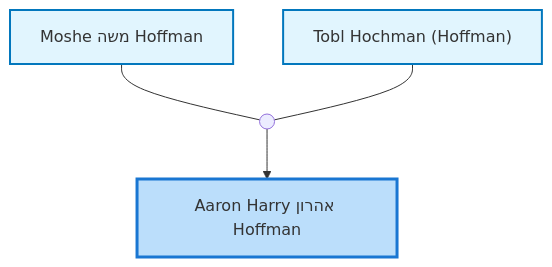
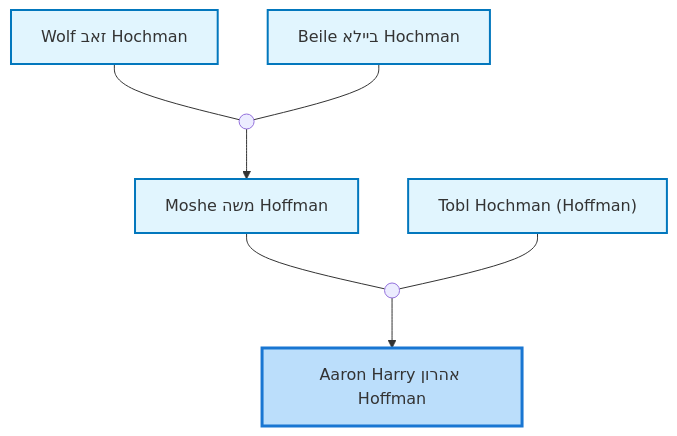
The second of 3 diagrams in site/content/profiles/Aaron Harry אהרון Hoffman.md (moshehoff/FamilyHistory), drawn with Mermaid before and after one commit. The commit also changed other lines of this file and 133 other files, not shown here.

Commit message:
Update Moshe Hoffman ID: I10 -> I11052340 and rename I38516664 biography

````diff
--- a/site/content/profiles/Aaron Harry אהרון Hoffman.md
+++ b/site/content/profiles/Aaron Harry אהרון Hoffman.md
@@ -43,19 +61,29 @@
 ```mermaid
 flowchart TD
 classDef person fill:#e1f5fe,stroke:#0277bd,stroke-width:2px;
 classDef internal-link fill:#e1f5fe,stroke:#0277bd,stroke-width:2px;
 classDef current fill:#bbdefb,stroke:#1976d2,stroke-width:3px;
-idI12["Aaron Harry אהרון Hoffman"]
-class idI12 current
-click idI12 "../profiles/Aaron-Harry-%D7%90%D7%94%D7%A8%D7%95%D7%9F-Hoffman" "Aaron Harry אהרון Hoffman"
-idI10["Moshe משה Hoffman"]
-class idI10 internal-link
-click idI10 "../profiles/Moshe-%D7%9E%D7%A9%D7%94-Hoffman" "Moshe משה Hoffman"
-idI11["Tobl Hochman (Hoffman)"]
-class idI11 internal-link
-click idI11 "../profiles/Tobl-Hochman-%28Hoffman%29" "Tobl Hochman (Hoffman)"
-marriage_idF3((" "))
-idI10 --- marriage_idF3
-idI11 --- marriage_idF3
-marriage_idF3 --> idI12
+idI38736184["Aaron Harry אהרון Hoffman"]
+class idI38736184 current
+click idI38736184 "../profiles/Aaron-Harry-%D7%90%D7%94%D7%A8%D7%95%D7%9F-Hoffman" "Aaron Harry אהרון Hoffman"
+idI11052340["Moshe משה Hoffman"]
+class idI11052340 internal-link
+click idI11052340 "../profiles/Moshe-%D7%9E%D7%A9%D7%94-Hoffman" "Moshe משה Hoffman"
+idI38735986["Tobl Hochman (Hoffman)"]
+class idI38735986 internal-link
+click idI38735986 "../profiles/Tobl-Hochman-%28Hoffman%29" "Tobl Hochman (Hoffman)"
+marriage_idF3776794((" "))
+idI11052340 --- marriage_idF3776794
+idI38735986 --- marriage_idF3776794
+marriage_idF3776794 --> idI38736184
+idI11032885["Wolf זאב Hochman"]
+class idI11032885 internal-link
+click idI11032885 "../profiles/Wolf-%D7%96%D7%90%D7%91-Hochman" "Wolf זאב Hochman"
+idI11032895["Beile ביילא Hochman"]
+class idI11032895 internal-link
+click idI11032895 "../profiles/Beile-%D7%91%D7%99%D7%99%D7%9C%D7%90-Hochman" "Beile ביילא Hochman"
+marriage_idF3770106((" "))
+idI11032885 --- marriage_idF3770106
+idI11032895 --- marriage_idF3770106
+marriage_idF3770106 --> idI11052340
 ```
````
